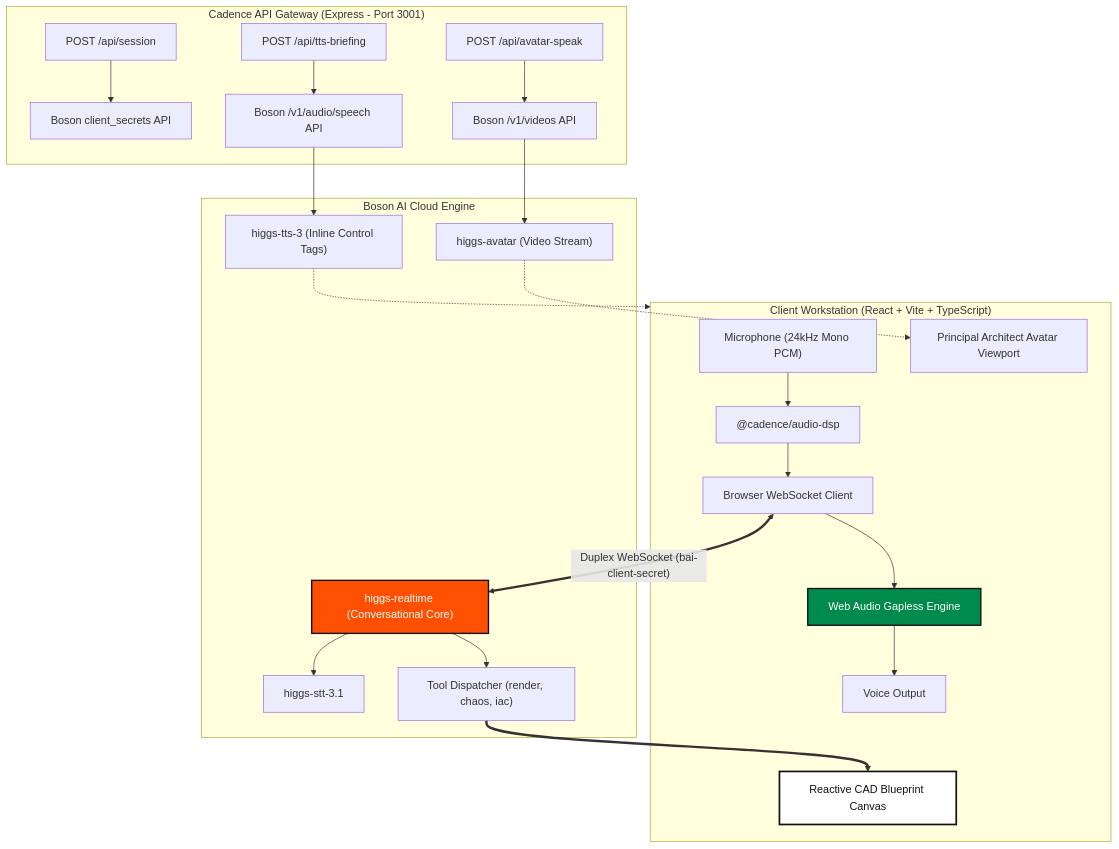
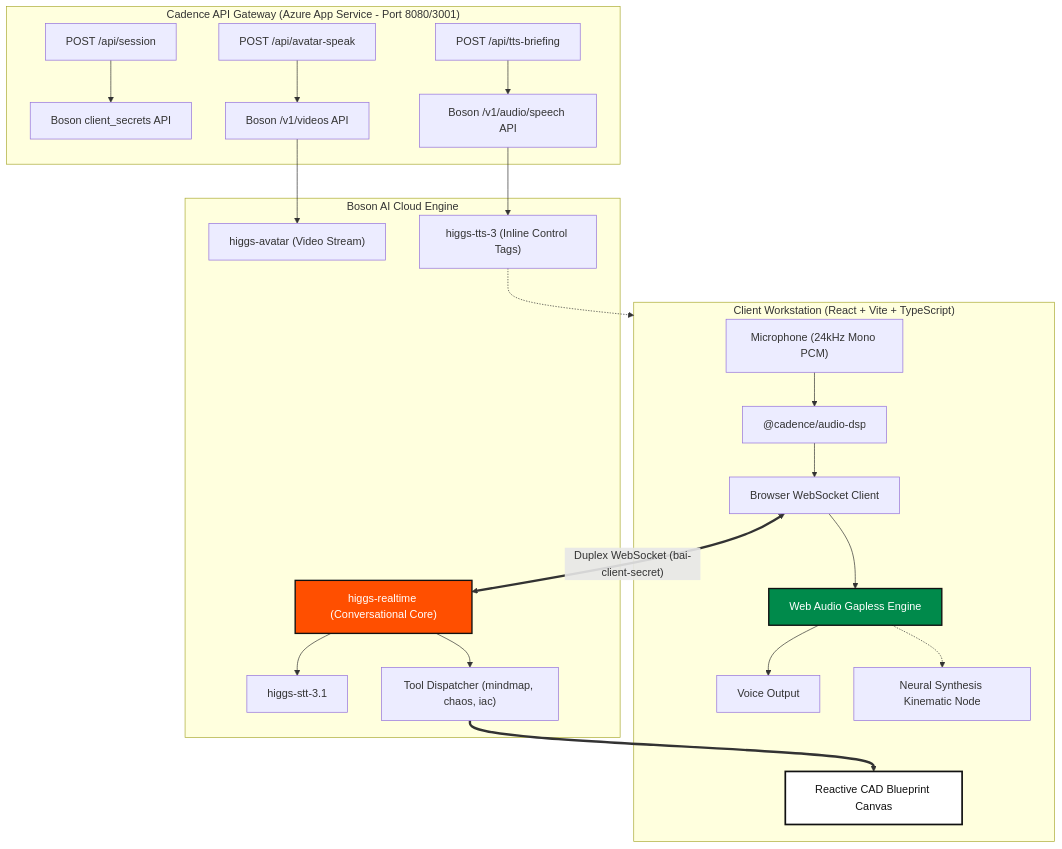
Before and after one commit to PeterYousefi/Cadence: the diagram in README.md, drawn with Mermaid. The commit also changed other lines of this file and 3 other files, not shown here.

Commit message:
docs: feature live Azure deployment link and refresh retina screenshots with vector cybernetic robot face

````diff
--- a/README.md
+++ b/README.md
@@ -62,33 +98,33 @@
 ```mermaid
 graph TD
   subgraph Client ["Client Workstation (React + Vite + TypeScript)"]
     Mic["Microphone (24kHz Mono PCM)"] --> AudioDSP["@cadence/audio-dsp"]
     AudioDSP --> BrowserSocket["Browser WebSocket Client"]
     BrowserSocket --> AudioPlayer["Web Audio Gapless Engine"]
     AudioPlayer --> Speakers["Voice Output"]
-    AvatarViewport["Principal Architect Avatar Viewport"]
+    KinematicFace["Neural Synthesis Kinematic Node"]
     CADCanvas["Reactive CAD Blueprint Canvas"]
   end
 
-  subgraph Gateway ["Cadence API Gateway (Express - Port 3001)"]
+  subgraph Gateway ["Cadence API Gateway (Azure App Service - Port 8080/3001)"]
     TokenRoute["POST /api/session"] --> BosonSecrets["Boson client_secrets API"]
     TTSRoute["POST /api/tts-briefing"] --> BosonTTS["Boson /v1/audio/speech API"]
     AvatarRoute["POST /api/avatar-speak"] --> BosonAvatar["Boson /v1/videos API"]
   end
 
   subgraph BosonCloud ["Boson AI Cloud Engine"]
     BrowserSocket <== "Duplex WebSocket (bai-client-secret)" ==> HiggsRealtime["higgs-realtime (Conversational Core)"]
     HiggsRealtime --> STT["higgs-stt-3.1"]
-    HiggsRealtime --> ToolDispatcher["Tool Dispatcher (render, chaos, iac)"]
+    HiggsRealtime --> ToolDispatcher["Tool Dispatcher (mindmap, chaos, iac)"]
     BosonAvatar --> HiggsAvatarModel["higgs-avatar (Video Stream)"]
     BosonTTS --> HiggsTTS3Model["higgs-tts-3 (Inline Control Tags)"]
   end
 
   ToolDispatcher ==> CADCanvas
-  HiggsAvatarModel -.-> AvatarViewport
+  AudioPlayer -.-> KinematicFace
   HiggsTTS3Model -.-> Client
 
   style HiggsRealtime fill:#FF4F00,stroke:#111111,stroke-width:2px,color:#fff
   style CADCanvas fill:#FFFFFF,stroke:#111111,stroke-width:2.5px,color:#111
   style AudioPlayer fill:#008A4B,stroke:#111111,stroke-width:2px,color:#fff
 ```
````
